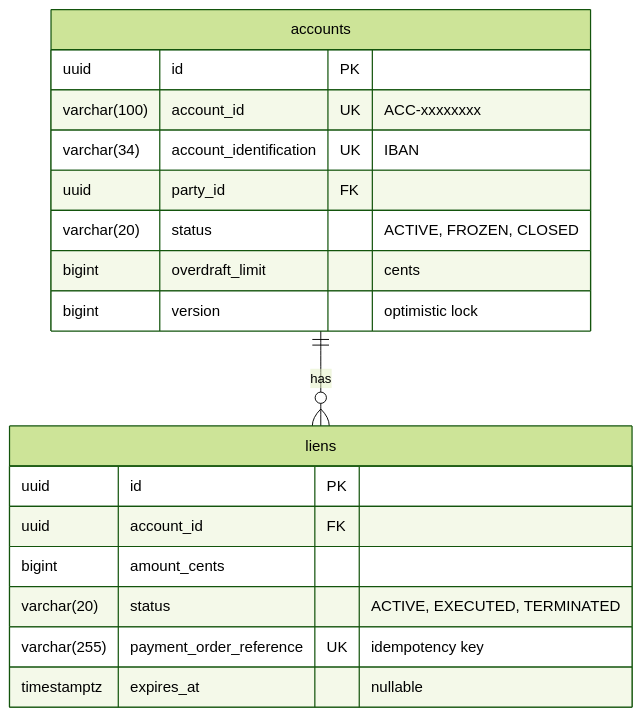
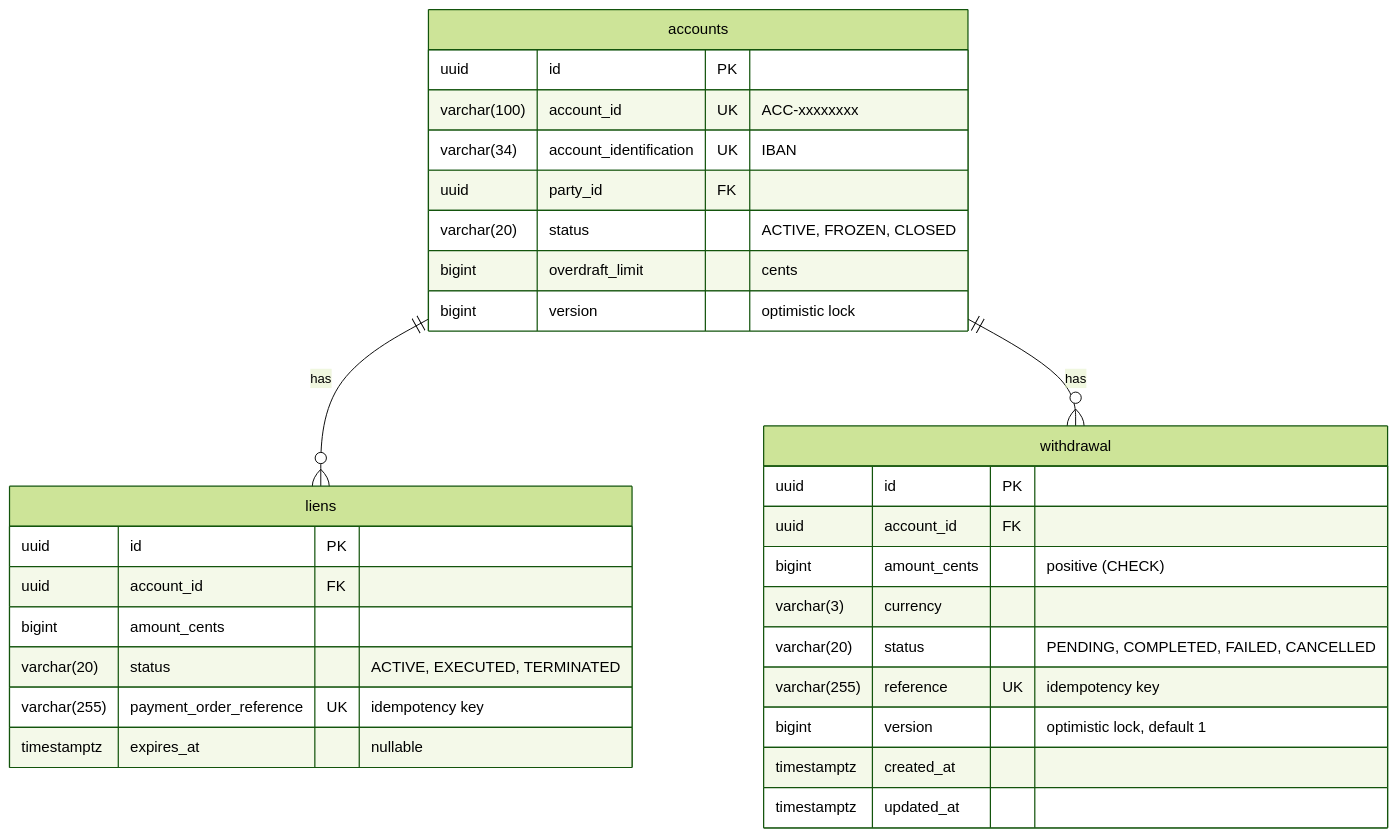
The fourth of 5 diagrams in services/current-account/README.md (meridianhub/meridian), drawn with Mermaid (forest theme) before and after one commit. The commit also changed other lines of this file, not shown here.

First line of the commit message:
docs: Document withdrawal operations for current-account service

````diff
--- a/services/current-account/README.md
+++ b/services/current-account/README.md
@@ -163,23 +301,36 @@
 ```mermaid
 erDiagram
     accounts {
         uuid id PK
         varchar(100) account_id UK "ACC-xxxxxxxx"
         varchar(34) account_identification UK "IBAN"
         uuid party_id FK
         varchar(20) status "ACTIVE, FROZEN, CLOSED"
         bigint overdraft_limit "cents"
         bigint version "optimistic lock"
     }
 
     liens {
         uuid id PK
         uuid account_id FK
         bigint amount_cents
         varchar(20) status "ACTIVE, EXECUTED, TERMINATED"
         varchar(255) payment_order_reference UK "idempotency key"
         timestamptz expires_at "nullable"
     }
 
+    withdrawal {
+        uuid id PK
+        uuid account_id FK
+        bigint amount_cents "positive (CHECK)"
+        varchar(3) currency
+        varchar(20) status "PENDING, COMPLETED, FAILED, CANCELLED"
+        varchar(255) reference UK "idempotency key"
+        bigint version "optimistic lock, default 1"
+        timestamptz created_at
+        timestamptz updated_at
+    }
+
     accounts ||--o{ liens : "has"
+    accounts ||--o{ withdrawal : "has"
 ```
````
